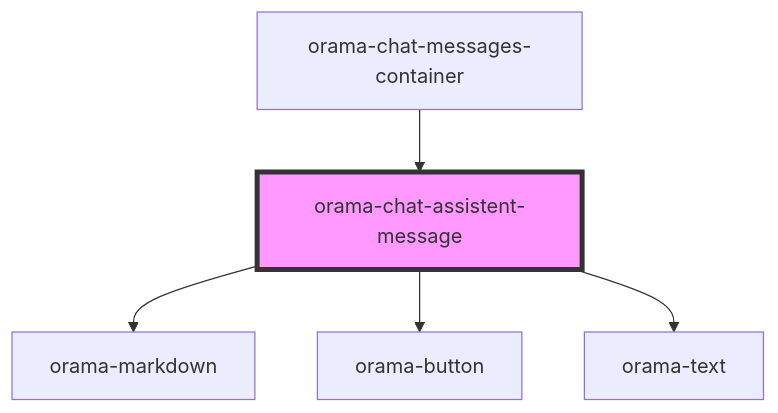
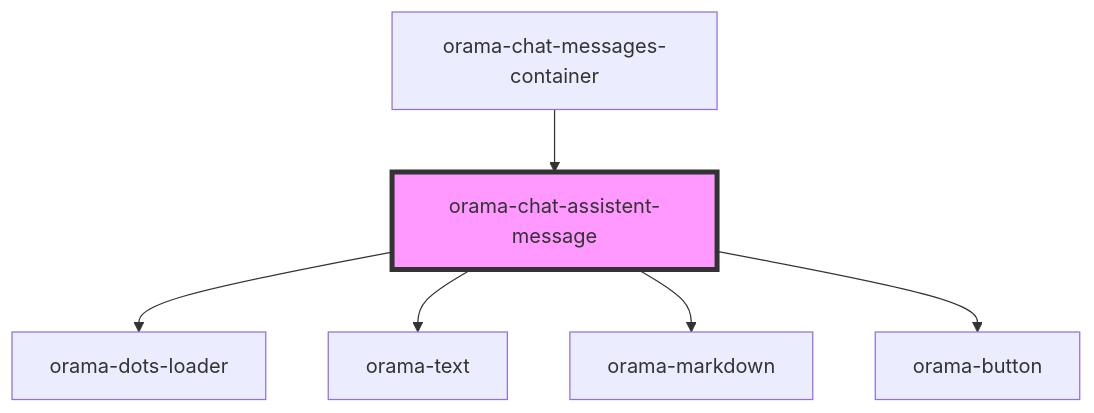
Before and after one commit to askorama/orama-ui-components: the diagram in packages/ui-stencil/src/components/internal/orama-chat-messages-container/orama-chat-assistent-message/readme.md, drawn with Mermaid. The commit also changed other lines of this file and 19 other files, not shown here.

````diff
--- a/packages/ui-stencil/src/components/internal/orama-chat-messages-container/orama-chat-assistent-message/readme.md
+++ b/packages/ui-stencil/src/components/internal/orama-chat-messages-container/orama-chat-assistent-message/readme.md
@@ -28,8 +29,9 @@
 ```mermaid
 graph TD;
+  orama-chat-assistent-message --> orama-dots-loader
+  orama-chat-assistent-message --> orama-text
   orama-chat-assistent-message --> orama-markdown
   orama-chat-assistent-message --> orama-button
-  orama-chat-assistent-message --> orama-text
   orama-chat-messages-container --> orama-chat-assistent-message
   style orama-chat-assistent-message fill:#f9f,stroke:#333,stroke-width:4px
 ```
````
